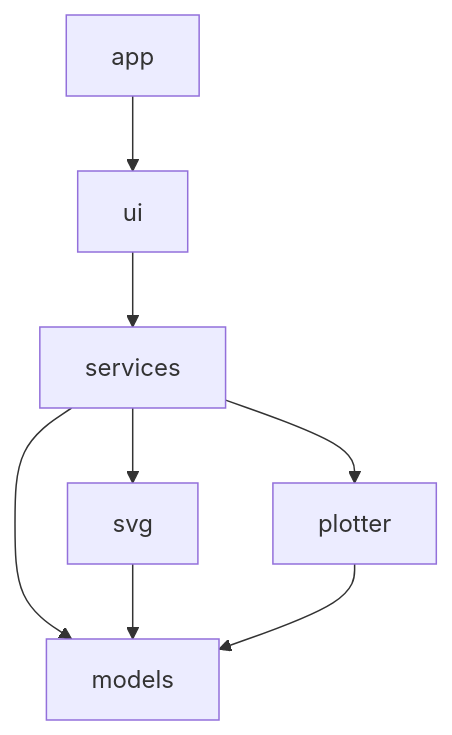
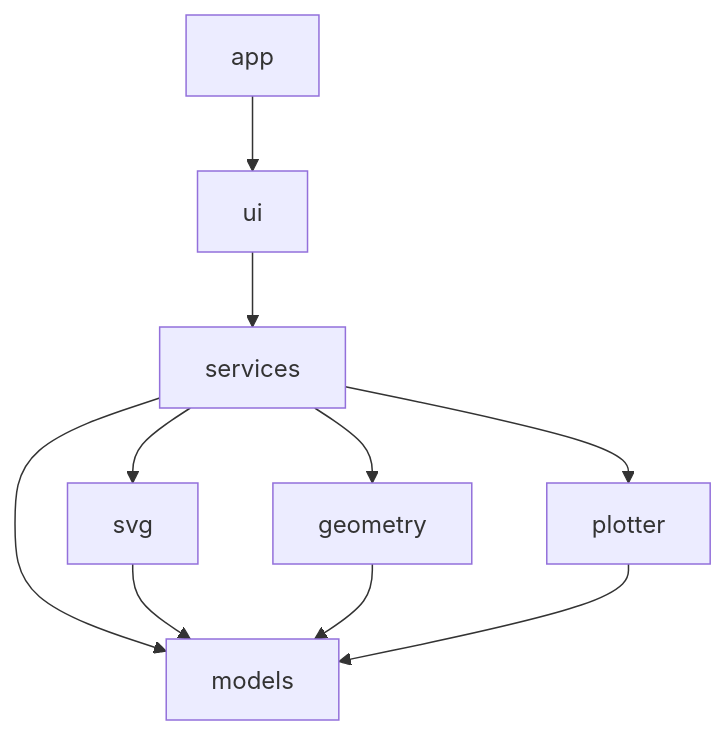
The diagram in docs/ARCHITECTURE.md (bolet777/plotpilot), drawn with Mermaid before and after one commit. The commit also changed other lines of this file and 48 other files, not shown here.

````diff
--- a/docs/ARCHITECTURE.md
+++ b/docs/ARCHITECTURE.md
@@ -31,10 +32,12 @@
 ```mermaid
 flowchart TB
   ui --> services
   services --> models
   services --> svg
+  services --> geometry
   services --> plotter
   svg --> models
+  geometry --> models
   plotter --> models
   app --> ui
 ```
````
